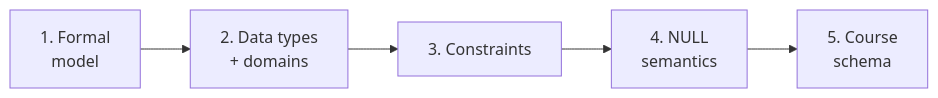
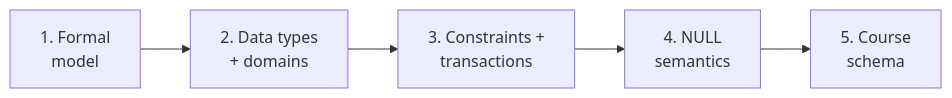
The first of 7 diagrams in lecture-outlines/day3-relational-model/slides.md (ufdatastudio/cop5725fa26), drawn with Mermaid before and after one commit. The commit also changed other lines of this file and 3 other files, not shown here.

````diff
--- a/lecture-outlines/day3-relational-model/slides.md
+++ b/lecture-outlines/day3-relational-model/slides.md
@@ -38,7 +40,7 @@
 ```mermaid
 graph LR
   A["1. Formal<br/>model"] --> B["2. Data types<br/>+ domains"]
-  B --> C["3. Constraints"]
+  B --> C["3. Constraints +<br/>transactions"]
   C --> D["4. NULL<br/>semantics"]
   D --> E["5. Course<br/>schema"]
 ```
````
